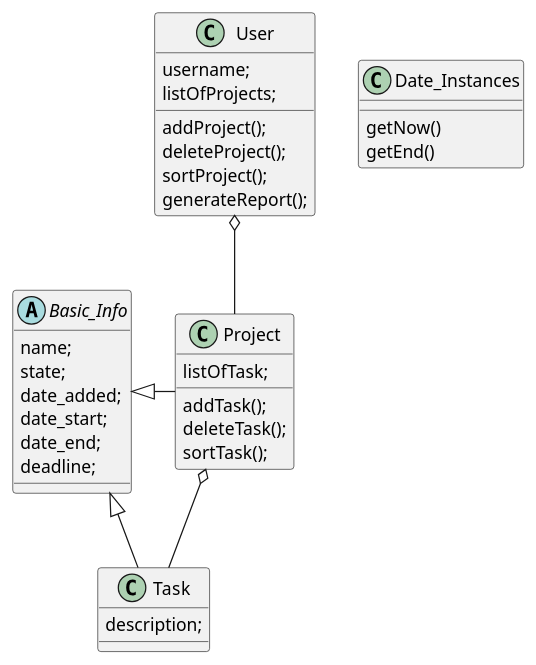
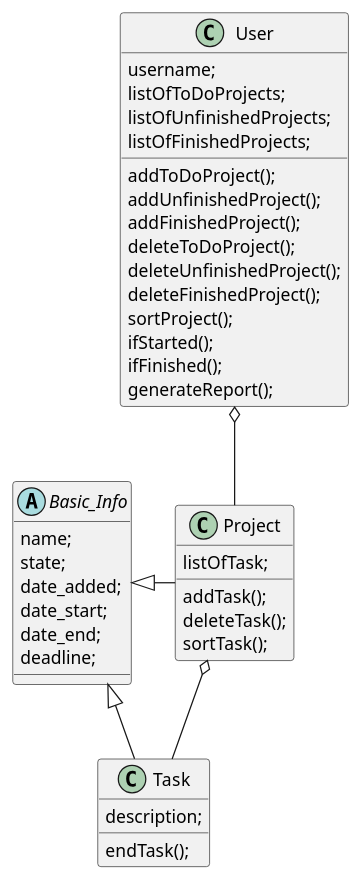
Before and after one commit to SoliGabiAnn/Task-manager: the diagram in Aplikacja_Do_Zarzadzania/Aplikacaj.puml, drawn with PlantUML. The commit also changed 5 other files, not shown here.

Commit message:
Stworzone trzy listy i funkcje do zarządznia przechodzeniem zadań między listami do użycia w controlls, usunięcie klsy date_instances okazała się niepotrzebna

```diff
--- a/Aplikacja_Do_Zarzadzania/Aplikacaj.puml
+++ b/Aplikacja_Do_Zarzadzania/Aplikacaj.puml
@@ -1,48 +1,52 @@
 @startuml
 'https://plantuml.com/class-diagram
 
 class Basic_Info
 class Task
 class User
 class Project
 
 Project o-- Task
 User o-- Project
 Basic_Info <|- Task
 Basic_Info <|- Project
 
 abstract class Basic_Info{
 name;
 state;
 date_added;
 date_start;
 date_end;
 deadline;
 }
 
 class Task{
 description;
+endTask();
 }
 
 class Project{
 listOfTask;
 
 addTask();
 deleteTask();
 sortTask();
 }
 
 class User{
 username;
-listOfProjects;
-addProject();
-deleteProject();
+listOfToDoProjects;
+listOfUnfinishedProjects;
+listOfFinishedProjects;
+addToDoProject();
+addUnfinishedProject();
+addFinishedProject();
+deleteToDoProject();
+deleteUnfinishedProject();
+deleteFinishedProject();
 sortProject();
+ifStarted();
+ifFinished();
 generateReport();
 }
-
-class Date_Instances{
-getNow()
-getEnd()
-}
 @enduml
```
